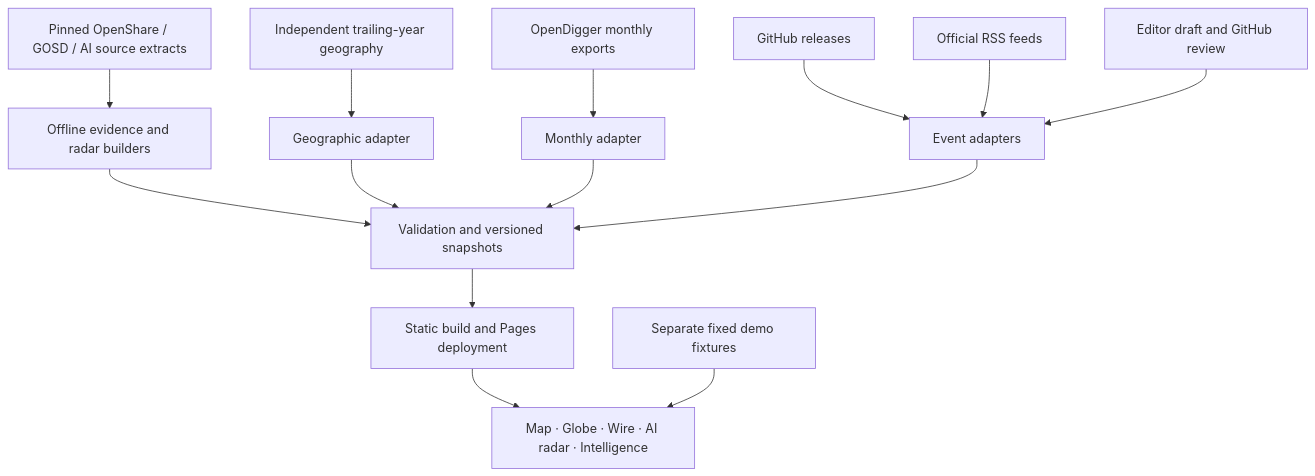
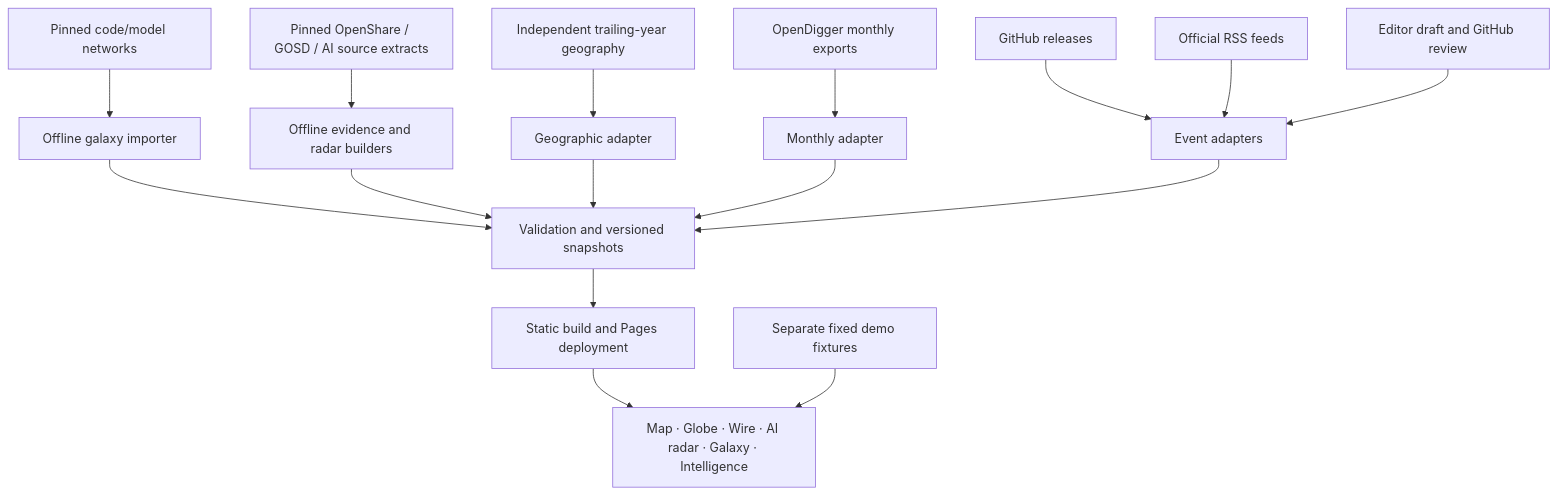
One commit to X-lab2017/open-dipper changed the diagram in docs/ARCHITECTURE.md. Above: the diagram before and after it, drawn with Mermaid. The commit also changed other lines of this file and 21 other files, not shown here.

````diff
--- a/docs/ARCHITECTURE.md
+++ b/docs/ARCHITECTURE.md
@@ -24,16 +25,18 @@
 ```mermaid
 flowchart TD
   OD[OpenDigger monthly exports] --> MA[Monthly adapter]
   GH[GitHub releases] --> EI[Event adapters]
   RSS[Official RSS feeds] --> EI
   ED[Editor draft and GitHub review] --> EI
   GEO[Independent trailing-year geography] --> GA[Geographic adapter]
   REF["Pinned OpenShare / GOSD / AI source extracts"] --> OFF["Offline evidence and radar builders"]
+  GRAPH["Pinned code/model networks"] --> GI["Offline galaxy importer"]
+  GI --> VA
   OFF --> VA
   GA --> VA[Validation and versioned snapshots]
   MA --> VA
   EI --> VA
   VA --> BUILD[Static build and Pages deployment]
-  BUILD --> UI[Map · Globe · Wire · AI radar · Intelligence]
+  BUILD --> UI[Map · Globe · Wire · AI radar · Galaxy · Intelligence]
   DEMO[Separate fixed demo fixtures] --> UI
 ```
````
